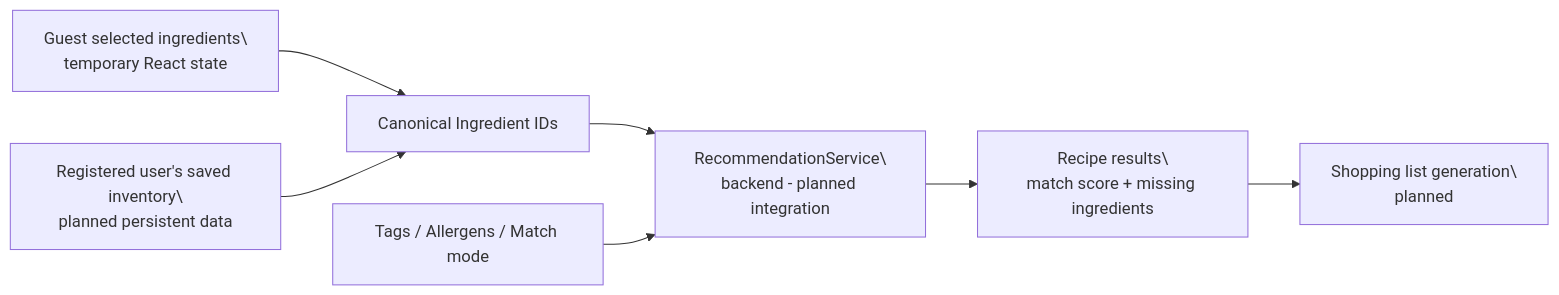
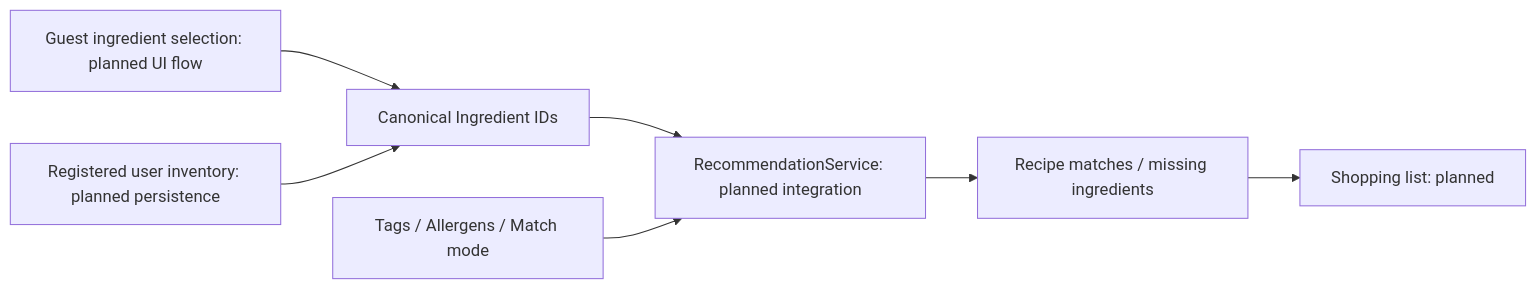
Before and after one commit to sophia-dao/cloud_computing_proj: the second of 3 diagrams in docs/midpoint/PROGRESS.md, drawn with Mermaid. The commit also changed other lines of this file, not shown here.

````diff
--- a/docs/midpoint/PROGRESS.md
+++ b/docs/midpoint/PROGRESS.md
@@ -192,17 +102,9 @@
 ```mermaid
-
 flowchart LR
-
-    G[Guest selected ingredients\<br/>temporary React state] --> IN[Canonical Ingredient IDs]
-
-    R[Registered user's saved inventory\<br/>planned persistent data] --> IN
-
-    IN --> RS[RecommendationService\<br/>backend - planned integration]
-
-    FILTER[Tags / Allergens / Match mode] --> RS
-
-    RS --> REC[Recipe results\<br/>match score + missing ingredients]
-
-    REC --> SHOP[Shopping list generation\<br/>planned]
-
+    G[Guest ingredient selection: planned UI flow] --> ID[Canonical Ingredient IDs]
+    R[Registered user inventory: planned persistence] --> ID
+    ID --> RS[RecommendationService: planned integration]
+    F[Tags / Allergens / Match mode] --> RS
+    RS --> OUT[Recipe matches / missing ingredients]
+    OUT --> SHOP[Shopping list: planned]
 ```
````
